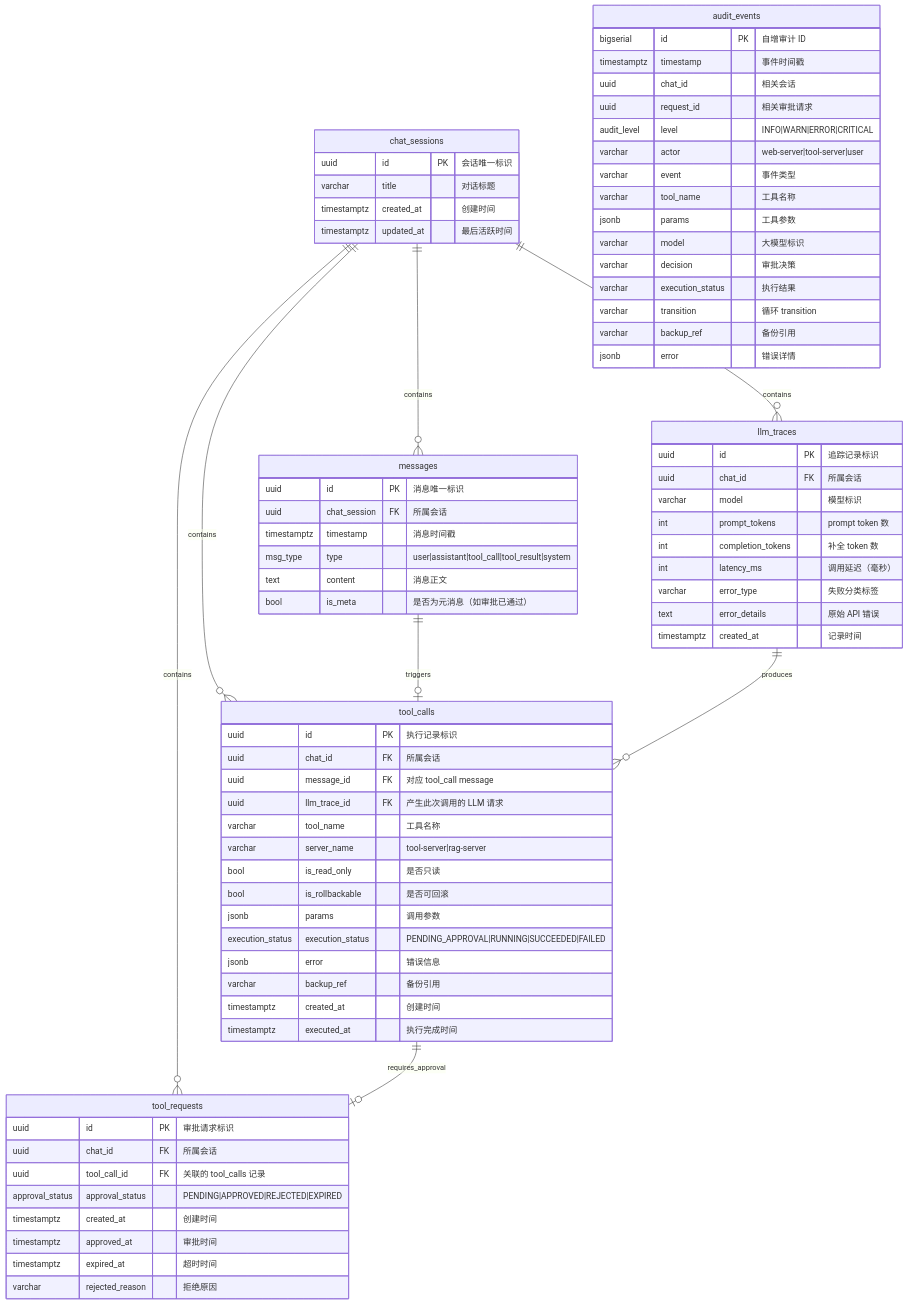
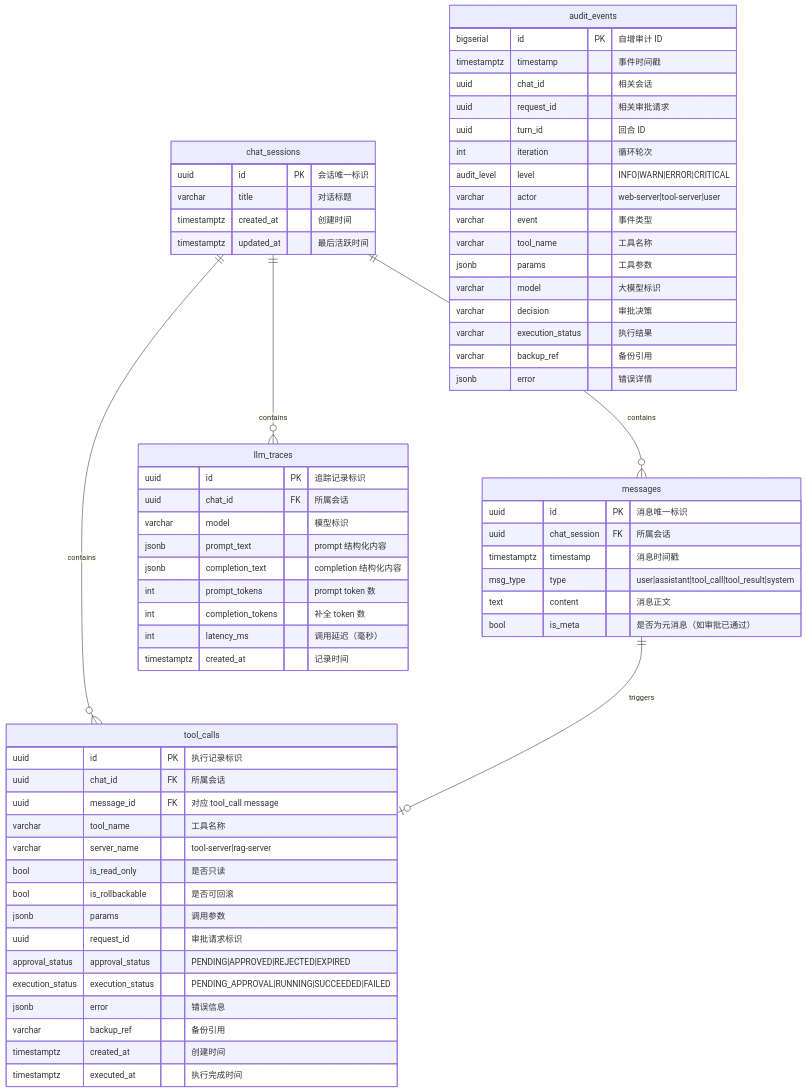
The diagram in doc/数据库设计.md (nazzeDe/alascup-agent), drawn with Mermaid before and after one commit. The commit also changed other lines of this file and 40 other files, not shown here.

````diff
--- a/doc/数据库设计.md
+++ b/doc/数据库设计.md
@@ -33,12 +33,13 @@
         uuid id PK "执行记录标识"
         uuid chat_id FK "所属会话"
         uuid message_id FK "对应 tool_call message"
-        uuid llm_trace_id FK "产生此次调用的 LLM 请求"
         varchar tool_name "工具名称"
         varchar server_name "tool-server|rag-server"
         bool is_read_only "是否只读"
         bool is_rollbackable "是否可回滚"
         jsonb params "调用参数"
+        uuid request_id "审批请求标识"
+        approval_status approval_status "PENDING|APPROVED|REJECTED|EXPIRED"
         execution_status execution_status "PENDING_APPROVAL|RUNNING|SUCCEEDED|FAILED"
         jsonb error "错误信息"
         varchar backup_ref "备份引用"
@@ -46,22 +47,13 @@
         timestamptz executed_at "执行完成时间"
     }
 
-    tool_requests {
-        uuid id PK "审批请求标识"
-        uuid chat_id FK "所属会话"
-        uuid tool_call_id FK "关联的 tool_calls 记录"
-        approval_status approval_status "PENDING|APPROVED|REJECTED|EXPIRED"
-        timestamptz created_at "创建时间"
-        timestamptz approved_at "审批时间"
-        timestamptz expired_at "超时时间"
-        varchar rejected_reason "拒绝原因"
-    }
-
     audit_events {
         bigserial id PK "自增审计 ID"
         timestamptz timestamp "事件时间戳"
         uuid chat_id "相关会话"
         uuid request_id "相关审批请求"
+        uuid turn_id "回合 ID"
+        int iteration "循环轮次"
         audit_level level "INFO|WARN|ERROR|CRITICAL"
         varchar actor "web-server|tool-server|user"
         varchar event "事件类型"
@@ -70,7 +62,6 @@
         varchar model "大模型标识"
         varchar decision "审批决策"
         varchar execution_status "执行结果"
-        varchar transition "循环 transition"
         varchar backup_ref "备份引用"
         jsonb error "错误详情"
     }
@@ -79,19 +70,16 @@
         uuid id PK "追踪记录标识"
         uuid chat_id FK "所属会话"
         varchar model "模型标识"
+        jsonb prompt_text "prompt 结构化内容"
+        jsonb completion_text "completion 结构化内容"
         int prompt_tokens "prompt token 数"
         int completion_tokens "补全 token 数"
         int latency_ms "调用延迟（毫秒）"
-        varchar error_type "失败分类标签"
-        text error_details "原始 API 错误"
         timestamptz created_at "记录时间"
     }
 
     chat_sessions ||--o{ messages : contains
     chat_sessions ||--o{ tool_calls : contains
-    chat_sessions ||--o{ tool_requests : contains
     chat_sessions ||--o{ llm_traces : contains
     messages ||--o| tool_calls : triggers
-    tool_calls ||--o| tool_requests : requires_approval
-    llm_traces ||--o{ tool_calls : produces
 ```
````
